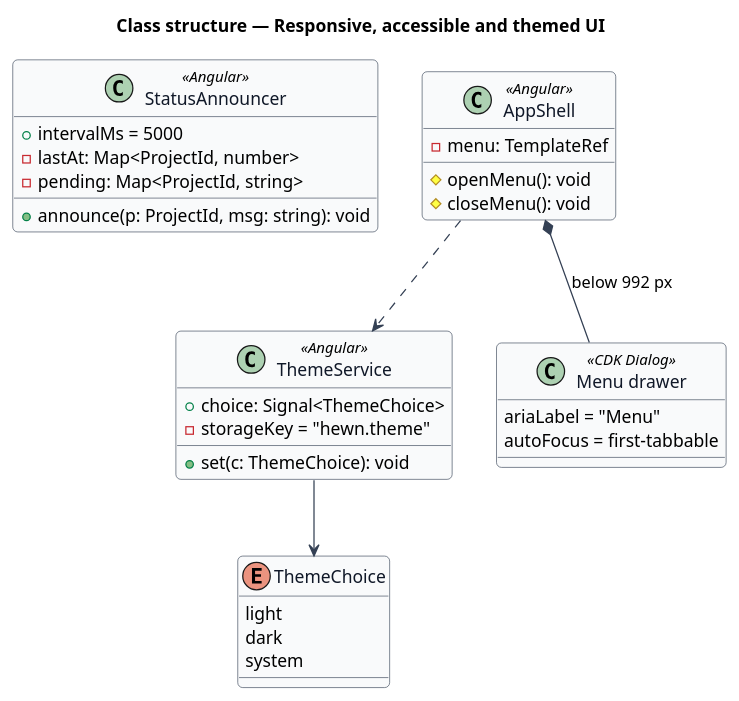
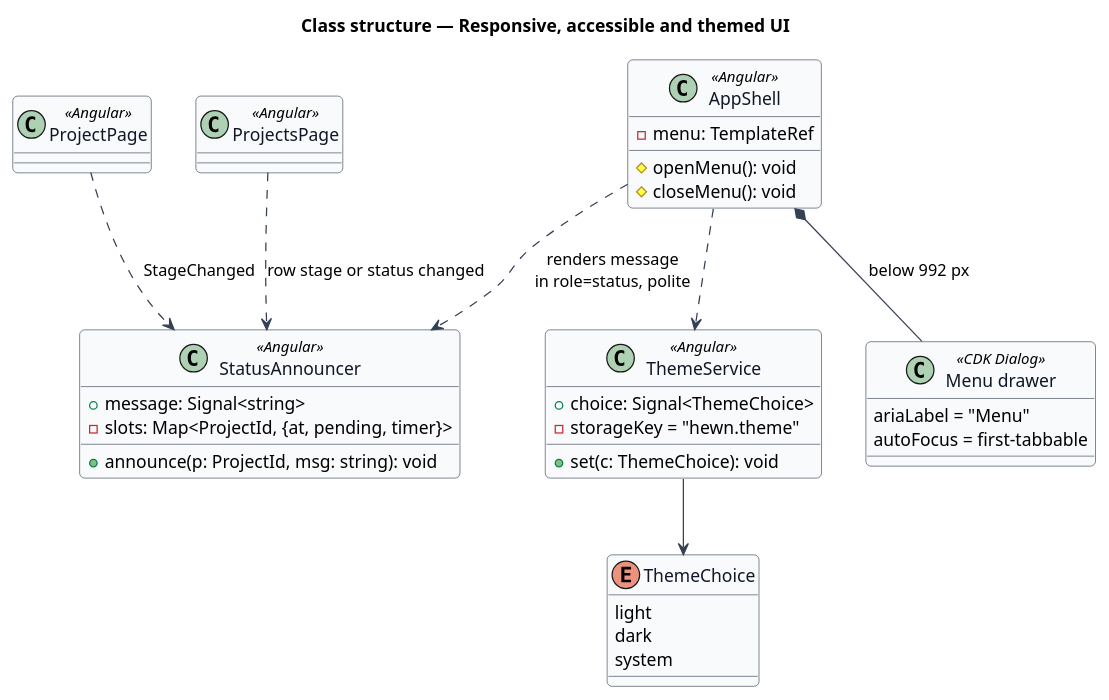
One commit to QuinntyneBrown/hewn changed the diagram in docs/detailed-designs/mission-control/responsive-accessible-ui/diagrams/class-structure.puml. Above: the diagram before and after it, drawn with PlantUML. The commit also changed 47 other files, not shown here.

```diff
--- a/docs/detailed-designs/mission-control/responsive-accessible-ui/diagrams/class-structure.puml
+++ b/docs/detailed-designs/mission-control/responsive-accessible-ui/diagrams/class-structure.puml
@@ -1,42 +1,46 @@
 @startuml
 skinparam backgroundColor #FFFFFF
 skinparam shadowing false
 skinparam roundcorner 8
 skinparam defaultFontName Arial
 skinparam ArrowColor #344054
 skinparam class {
   BorderColor #344054
   FontColor #101828
   BackgroundColor #F9FAFB
 }
 title Class structure — Responsive, accessible and themed UI
 
 class StatusAnnouncer <<Angular>> {
-  +intervalMs = 5000
+  +message: Signal<string>
   +announce(p: ProjectId, msg: string): void
-  -lastAt: Map<ProjectId, number>
-  -pending: Map<ProjectId, string>
+  -slots: Map<ProjectId, {at, pending, timer}>
 }
+class ProjectPage <<Angular>>
+class ProjectsPage <<Angular>>
 enum ThemeChoice {
   light
   dark
   system
 }
 class ThemeService <<Angular>> {
   +choice: Signal<ThemeChoice>
   +set(c: ThemeChoice): void
   -storageKey = "hewn.theme"
 }
 class AppShell <<Angular>> {
   -menu: TemplateRef
   #openMenu(): void
   #closeMenu(): void
 }
 class "Menu drawer" as MenuDrawer <<CDK Dialog>> {
   ariaLabel = "Menu"
   autoFocus = first-tabbable
 }
 ThemeService --> ThemeChoice
 AppShell *-- MenuDrawer : below 992 px
 AppShell ..> ThemeService
+AppShell ..> StatusAnnouncer : renders message\nin role=status, polite
+ProjectPage ..> StatusAnnouncer : StageChanged
+ProjectsPage ..> StatusAnnouncer : row stage or status changed
 @enduml
```
